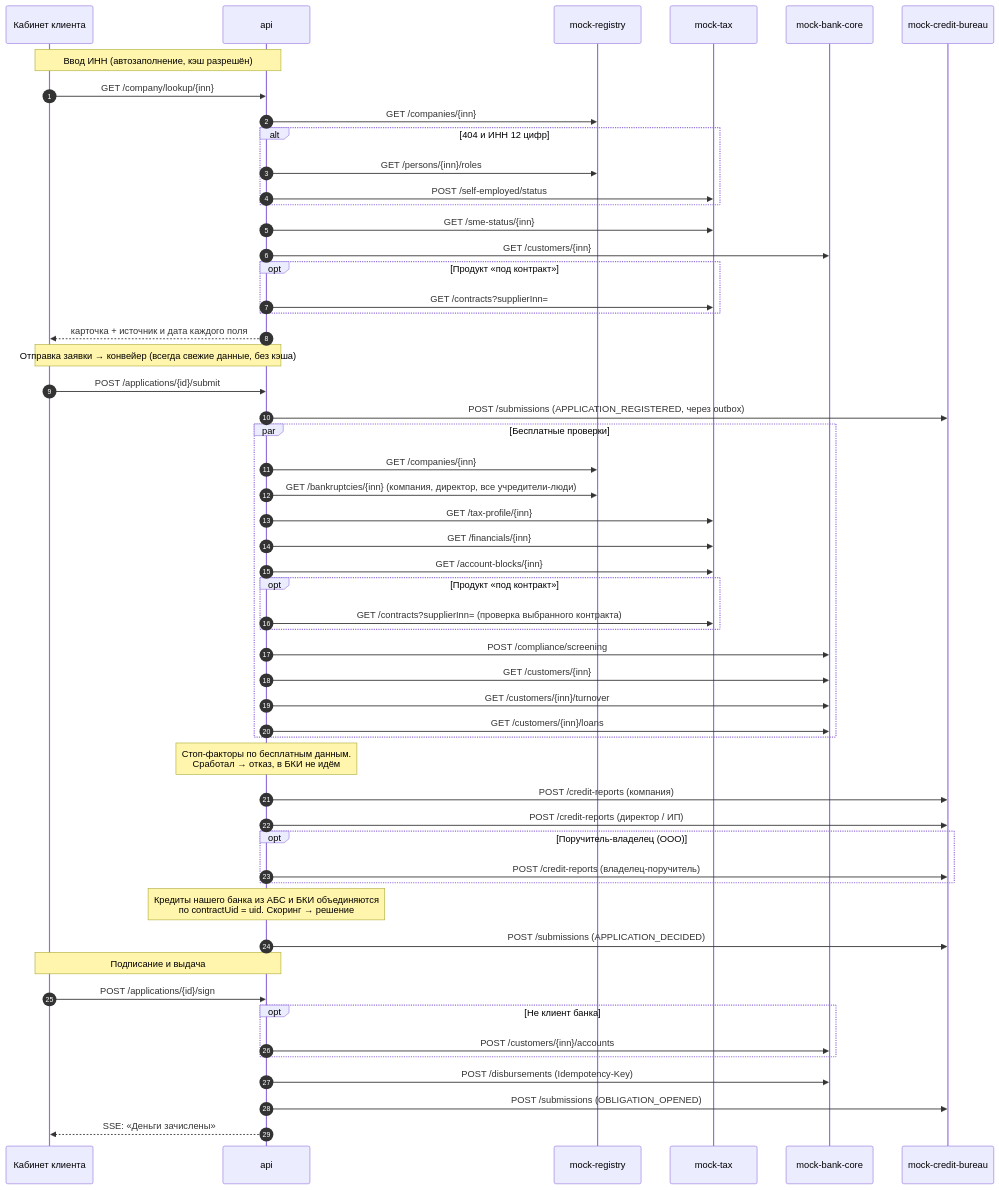
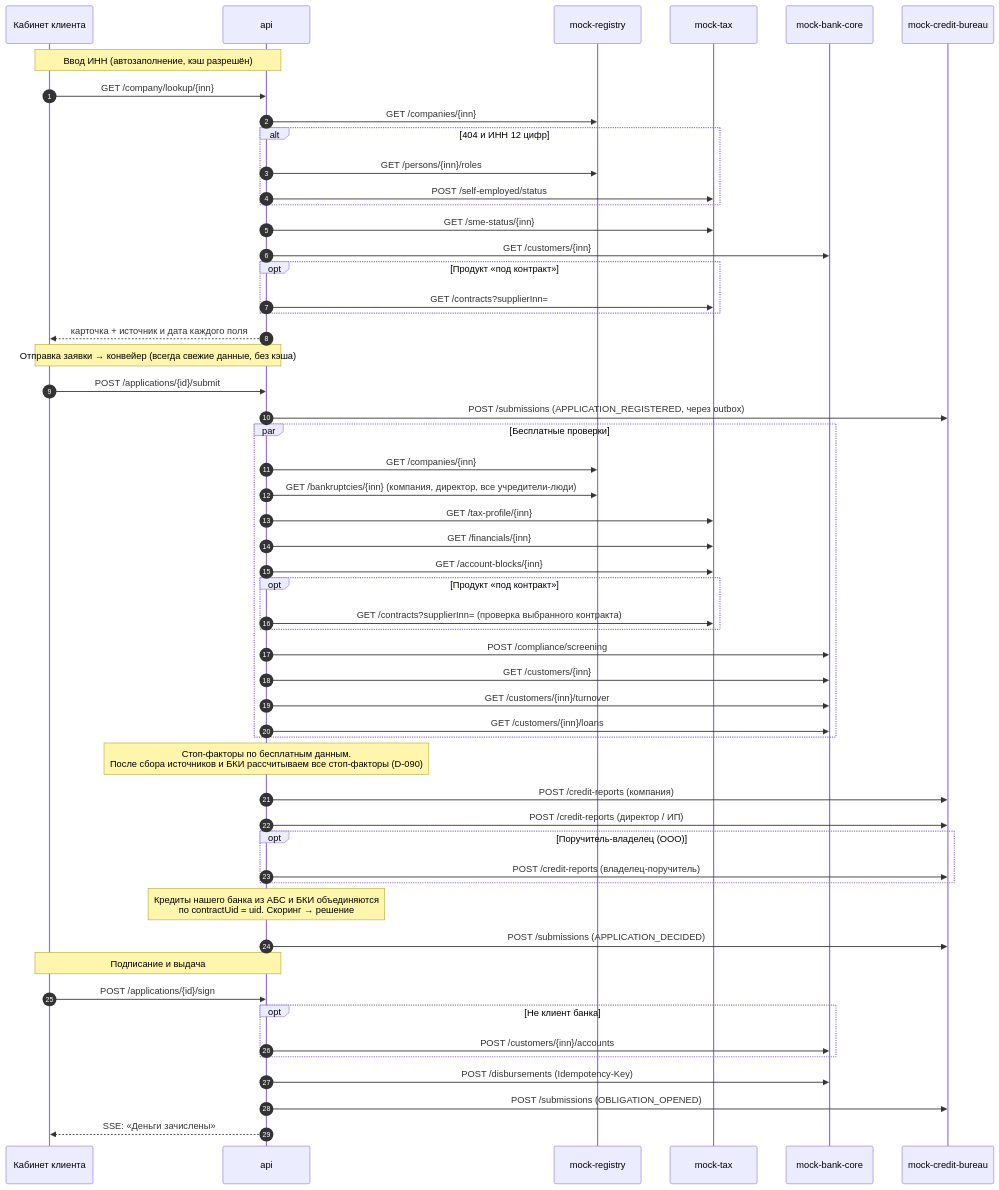
Before and after one commit to kirillmitlow/smart-credit-cabinet: the diagram in docs/specs/mocks.md, drawn with Mermaid. The commit also changed other lines of this file and 36 other files, not shown here.

````diff
--- a/docs/specs/mocks.md
+++ b/docs/specs/mocks.md
@@ -1560,59 +1560,59 @@
 ```mermaid
 sequenceDiagram
     autonumber
     participant UI as Кабинет клиента
     participant API as api
     participant REG as mock-registry
     participant TAX as mock-tax
     participant ABS as mock-bank-core
     participant BKI as mock-credit-bureau
 
     Note over UI,API: Ввод ИНН (автозаполнение, кэш разрешён)
     UI->>API: GET /company/lookup/{inn}
     API->>REG: GET /companies/{inn}
     alt 404 и ИНН 12 цифр
         API->>REG: GET /persons/{inn}/roles
         API->>TAX: POST /self-employed/status
     end
     API->>TAX: GET /sme-status/{inn}
     API->>ABS: GET /customers/{inn}
     opt Продукт «под контракт»
         API->>TAX: GET /contracts?supplierInn=
     end
     API-->>UI: карточка + источник и дата каждого поля
 
     Note over UI,API: Отправка заявки → конвейер (всегда свежие данные, без кэша)
     UI->>API: POST /applications/{id}/submit
     API->>BKI: POST /submissions (APPLICATION_REGISTERED, через outbox)
     par Бесплатные проверки
         API->>REG: GET /companies/{inn}
         API->>REG: GET /bankruptcies/{inn} (компания, директор, все учредители-люди)
         API->>TAX: GET /tax-profile/{inn}
         API->>TAX: GET /financials/{inn}
         API->>TAX: GET /account-blocks/{inn}
         opt Продукт «под контракт»
             API->>TAX: GET /contracts?supplierInn= (проверка выбранного контракта)
         end
         API->>ABS: POST /compliance/screening
         API->>ABS: GET /customers/{inn}
         API->>ABS: GET /customers/{inn}/turnover
         API->>ABS: GET /customers/{inn}/loans
     end
-    Note over API: Стоп-факторы по бесплатным данным.<br/>Сработал → отказ, в БКИ не идём
+    Note over API: Стоп-факторы по бесплатным данным.<br/>После сбора источников и БКИ рассчитываем все стоп-факторы (D-090)
     API->>BKI: POST /credit-reports (компания)
     API->>BKI: POST /credit-reports (директор / ИП)
     opt Поручитель-владелец (ООО)
         API->>BKI: POST /credit-reports (владелец-поручитель)
     end
     Note over API: Кредиты нашего банка из АБС и БКИ объединяются<br/>по contractUid = uid. Скоринг → решение
     API->>BKI: POST /submissions (APPLICATION_DECIDED)
 
     Note over UI,API: Подписание и выдача
     UI->>API: POST /applications/{id}/sign
     opt Не клиент банка
         API->>ABS: POST /customers/{inn}/accounts
     end
     API->>ABS: POST /disbursements (Idempotency-Key)
     API->>BKI: POST /submissions (OBLIGATION_OPENED)
     API-->>UI: SSE: «Деньги зачислены»
 ```
````
